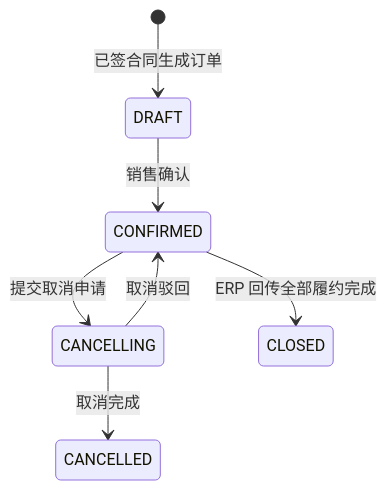
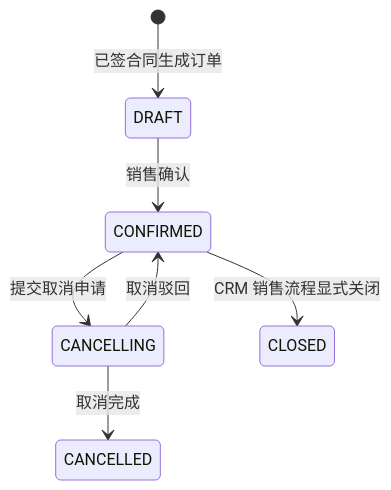
One commit to Squirtles331/AiCRM changed the second of 2 diagrams in docs/architecture/contract-order.md. Above: the diagram before and after it, drawn with Mermaid. The commit also changed other lines of this file and 7 other files, not shown here.

````diff
--- a/docs/architecture/contract-order.md
+++ b/docs/architecture/contract-order.md
@@ -28,9 +27,9 @@
 ```mermaid
 stateDiagram-v2
   [*] --> DRAFT: 已签合同生成订单
   DRAFT --> CONFIRMED: 销售确认
   CONFIRMED --> CANCELLING: 提交取消申请
   CANCELLING --> CANCELLED: 取消完成
   CANCELLING --> CONFIRMED: 取消驳回
-  CONFIRMED --> CLOSED: ERP 回传全部履约完成
+  CONFIRMED --> CLOSED: CRM 销售流程显式关闭
 ```
````
